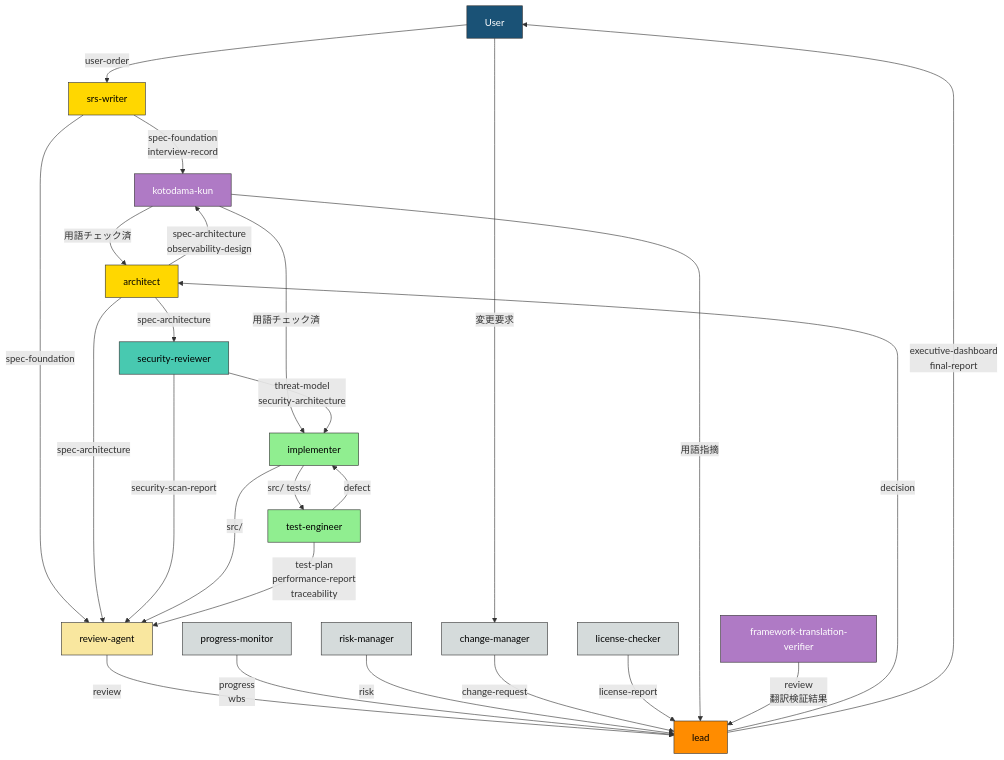
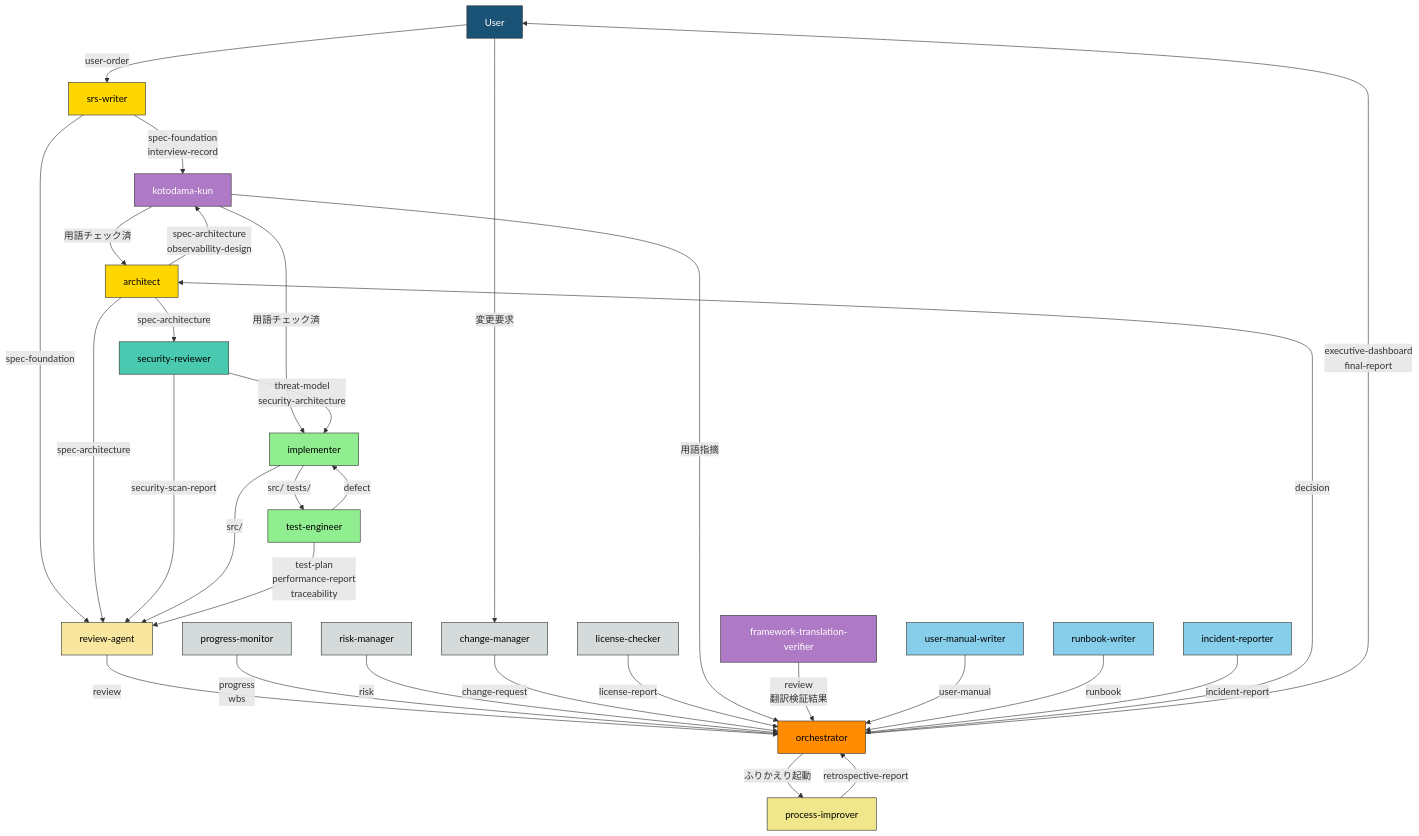
One commit to GoodRelax/gr-sw-maker changed the diagram in process-rules/agent-list-ja.md. Above: the diagram before and after it, drawn with Mermaid. The commit also changed other lines of this file and 28 other files, not shown here.

````diff
--- a/process-rules/agent-list-ja.md
+++ b/process-rules/agent-list-ja.md
@@ -151,57 +176,70 @@
 ```mermaid
 flowchart TD
     User["User"]
-    Lead["lead"]
+    Orch["orchestrator"]
     SRS["srs-writer"]
     Arch["architect"]
     Sec["security-reviewer"]
     Impl["implementer"]
     Test["test-engineer"]
     Rev["review-agent"]
     PM["progress-monitor"]
     CM["change-manager"]
     RM["risk-manager"]
     Lic["license-checker"]
     Koto["kotodama-kun"]
     FTV["framework-translation-verifier"]
+    UMW["user-manual-writer"]
+    RBW["runbook-writer"]
+    IR["incident-reporter"]
+    PI["process-improver"]
 
     User -->|"user-order"| SRS
     SRS -->|"spec-foundation<br/>interview-record"| Koto
     Koto -->|"用語チェック済"| Arch
     SRS -->|"spec-foundation"| Rev
     Arch -->|"spec-architecture<br/>observability-design"| Koto
     Koto -->|"用語チェック済"| Impl
     Arch -->|"spec-architecture"| Rev
     Arch -->|"spec-architecture"| Sec
     Sec -->|"threat-model<br/>security-architecture"| Impl
     Sec -->|"security-scan-report"| Rev
     Impl -->|"src/ tests/"| Test
     Impl -->|"src/"| Rev
     Test -->|"defect"| Impl
     Test -->|"test-plan<br/>performance-report<br/>traceability"| Rev
-    Rev -->|"review"| Lead
-    PM -->|"progress<br/>wbs"| Lead
-    RM -->|"risk"| Lead
-    CM -->|"change-request"| Lead
-    Lic -->|"license-report"| Lead
-    Koto -->|"用語指摘"| Lead
-    Lead -->|"decision"| Arch
-    Lead -->|"executive-dashboard<br/>final-report"| User
+    Rev -->|"review"| Orch
+    PM -->|"progress<br/>wbs"| Orch
+    RM -->|"risk"| Orch
+    CM -->|"change-request"| Orch
+    Lic -->|"license-report"| Orch
+    Koto -->|"用語指摘"| Orch
+    Orch -->|"decision"| Arch
+    Orch -->|"executive-dashboard<br/>final-report"| User
     User -->|"変更要求"| CM
-    FTV -->|"review<br/>翻訳検証結果"| Lead
+    FTV -->|"review<br/>翻訳検証結果"| Orch
+    UMW -->|"user-manual"| Orch
+    RBW -->|"runbook"| Orch
+    IR -->|"incident-report"| Orch
+    Orch -->|"ふりかえり起動"| PI
+    PI -->|"retrospective-report"| Orch
 
     style User fill:#1a5276,stroke:#333,color:#fff
-    style Lead fill:#FF8C00,stroke:#333,color:#000
+    style Orch fill:#FF8C00,stroke:#333,color:#000
     style SRS fill:#FFD700,stroke:#333,color:#000
     style Arch fill:#FFD700,stroke:#333,color:#000
     style Sec fill:#48c9b0,stroke:#333,color:#000
     style Impl fill:#90EE90,stroke:#333,color:#000
     style Test fill:#90EE90,stroke:#333,color:#000
     style Rev fill:#f9e79f,stroke:#333,color:#000
     style PM fill:#d5dbdb,stroke:#333,color:#000
     style CM fill:#d5dbdb,stroke:#333,color:#000
     style RM fill:#d5dbdb,stroke:#333,color:#000
     style Lic fill:#d5dbdb,stroke:#333,color:#000
     style Koto fill:#af7ac5,stroke:#333,color:#fff
     style FTV fill:#af7ac5,stroke:#333,color:#fff
+    style UMW fill:#87CEEB,stroke:#333,color:#000
+    style RBW fill:#87CEEB,stroke:#333,color:#000
+    style IR fill:#87CEEB,stroke:#333,color:#000
+    style PI fill:#F0E68C,stroke:#333,color:#000
 ```
````
